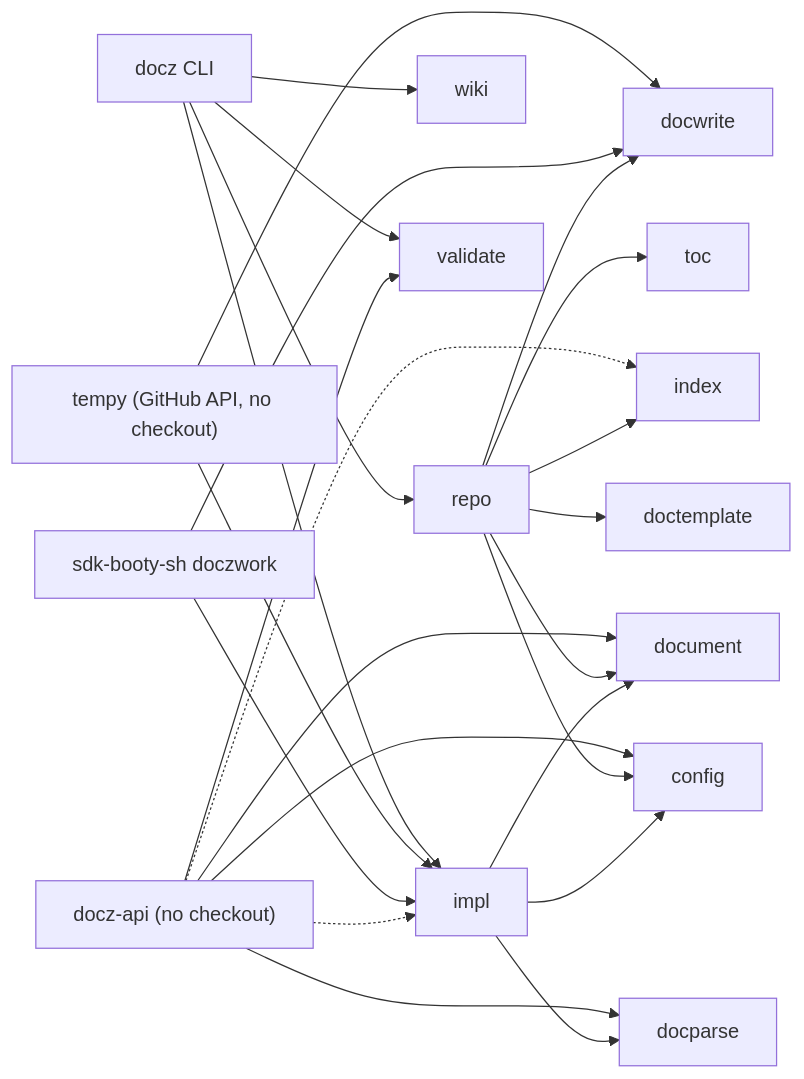
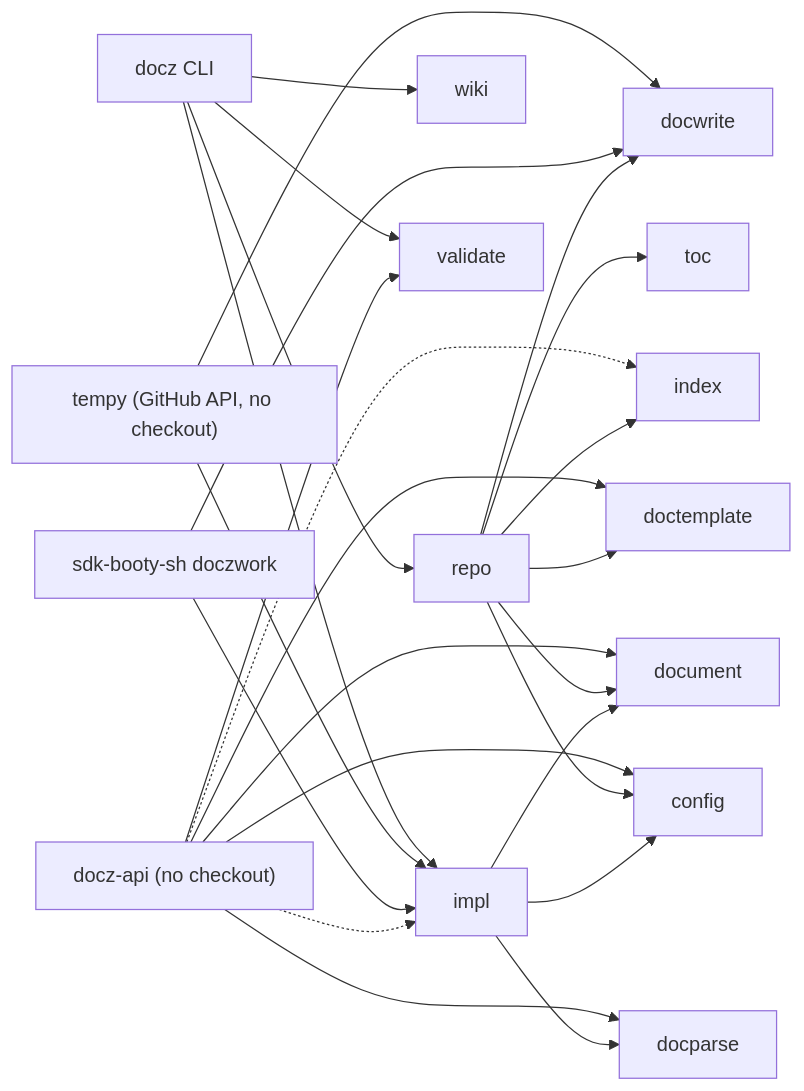
One commit to donaldgifford/docz changed the seventh of 15 diagrams in docs/design/0014-the-docz-api-as-one-unit-packages-types-functions-and-the-cmd.md. Above: the diagram before and after it, drawn with Mermaid. The commit also changed other lines of this file and 1 other file, not shown here.

First line of the commit message:
docs(design): DESIGN-0015 OQ 1 — the schema is a marker skeleton the document names

````diff
--- a/docs/design/0014-the-docz-api-as-one-unit-packages-types-functions-and-the-cmd.md
+++ b/docs/design/0014-the-docz-api-as-one-unit-packages-types-functions-and-the-cmd.md
@@ -967,10 +974,10 @@
 ```mermaid
 flowchart LR
   cli["docz CLI"] --> repo & wiki & impl & validate
   tempy["tempy (GitHub API, no checkout)"] --> impl & docwrite
   booty["sdk-booty-sh doczwork"] --> impl & docwrite
-  api["docz-api (no checkout)"] --> document & docparse & config & validate
+  api["docz-api (no checkout)"] --> document & docparse & config & validate & doctemplate
   api -.-> index & impl
   repo --> docwrite & toc & index & doctemplate & document & config
   impl --> document & docparse & config
 ```
````
